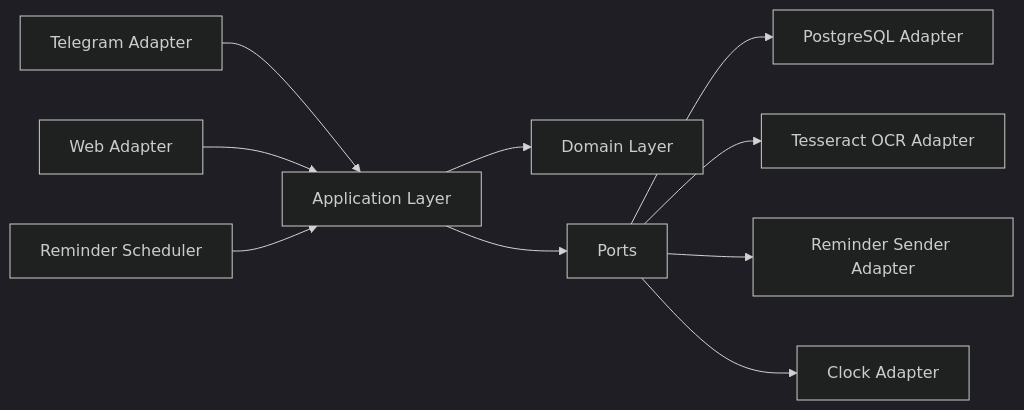
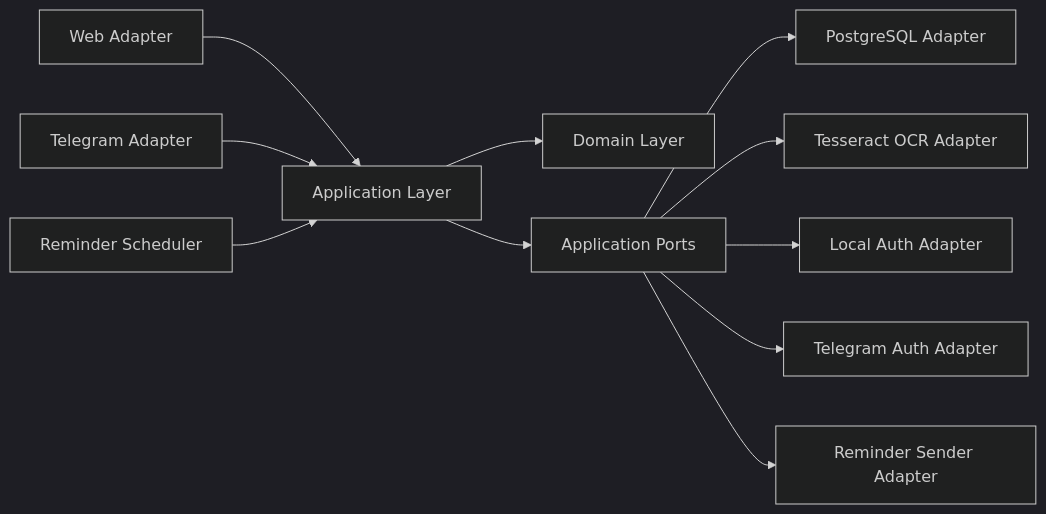
One commit to kuznetzdev/cashback_bot changed the first of 2 diagrams in docs/ARCHITECTURE.md. Above: the diagram before and after it, drawn with Mermaid (dark theme). The commit also changed other lines of this file and 81 other files, not shown here.

````diff
--- a/docs/ARCHITECTURE.md
+++ b/docs/ARCHITECTURE.md
@@ -9,12 +13,13 @@
 ```mermaid
 flowchart LR
-    TG["Telegram Adapter"] --> APP["Application Layer"]
-    WEB["Web Adapter"] --> APP
+    WEB["Web Adapter"] --> APP["Application Layer"]
+    TG["Telegram Adapter"] --> APP
     SCHED["Reminder Scheduler"] --> APP
     APP --> DOM["Domain Layer"]
-    APP --> PORTS["Ports"]
+    APP --> PORTS["Application Ports"]
     PORTS --> PG["PostgreSQL Adapter"]
     PORTS --> OCR["Tesseract OCR Adapter"]
-    PORTS --> SEND["Reminder Sender Adapter"]
-    PORTS --> CLOCK["Clock Adapter"]
+    PORTS --> AUTHL["Local Auth Adapter"]
+    PORTS --> AUTHT["Telegram Auth Adapter"]
+    PORTS --> REM["Reminder Sender Adapter"]
 ```
````
